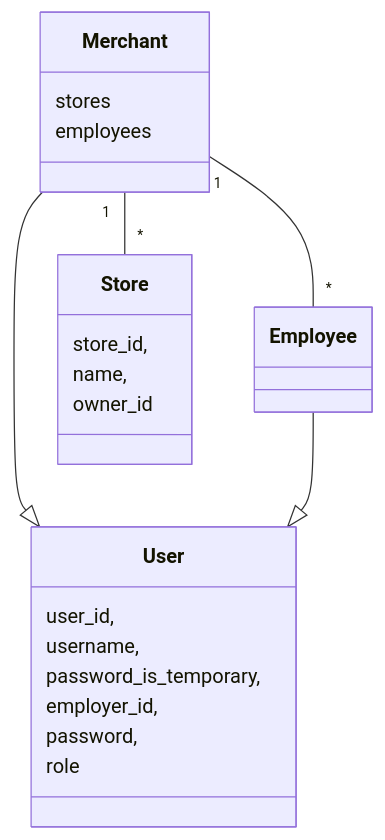
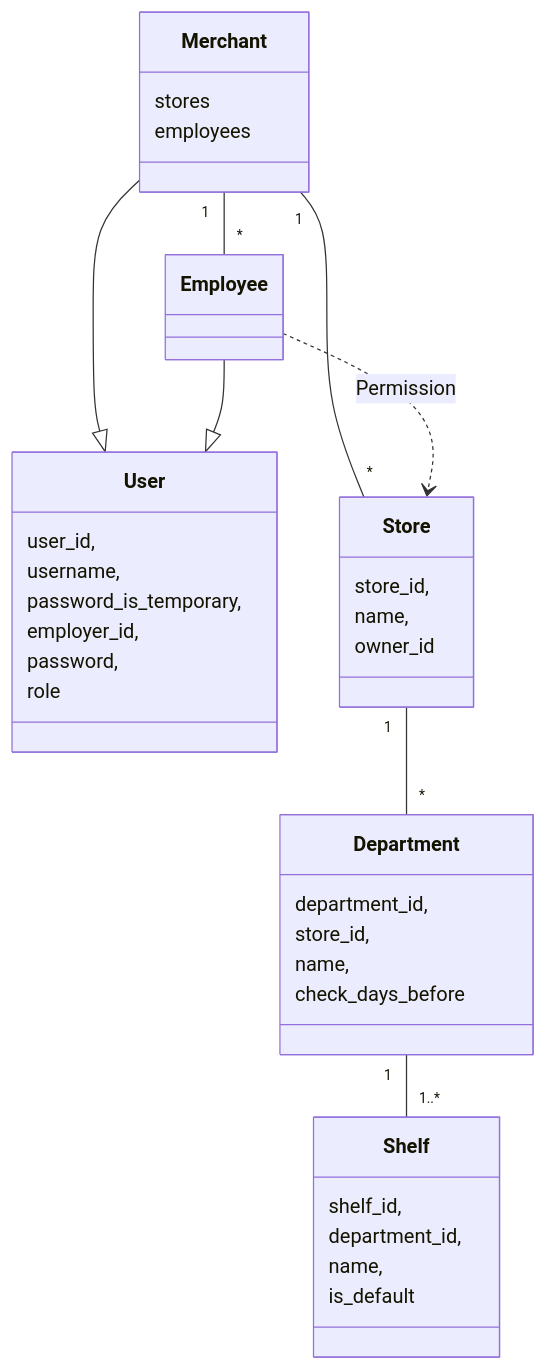
One commit to hannajan/ot-harjoitustyo changed the first of 2 diagrams in expiration_date_tracking_app/dokumentaatio/arkkitehtuuri.md. Above: the diagram before and after it, drawn with Mermaid. The commit also changed other lines of this file and 1 other file, not shown here.

````diff
--- a/expiration_date_tracking_app/dokumentaatio/arkkitehtuuri.md
+++ b/expiration_date_tracking_app/dokumentaatio/arkkitehtuuri.md
@@ -5,27 +43,43 @@
 ```mermaid
 classDiagram
   class User {
     user_id,
     username,
     password_is_temporary,
     employer_id,
     password,
     role
   }
   class Merchant {
     stores
     employees  
   }
   class Employee {
-    
+ 
   }
   class Store {
     store_id,
     name,
     owner_id
   }
+  class Department {
+    department_id,
+    store_id,
+    name,
+    check_days_before
+  }
+  class Shelf {
+    shelf_id,
+    department_id,
+    name,
+    is_default
+  }
   Merchant --|> User
   Employee --|> User
   Merchant "1" -- "*" Store
   Merchant "1" -- "*" Employee
+  Store "1" -- "*" Department
+  Department "1" -- "1..*" Shelf
+  Employee ..> Store : Permission
+
 ```
````
